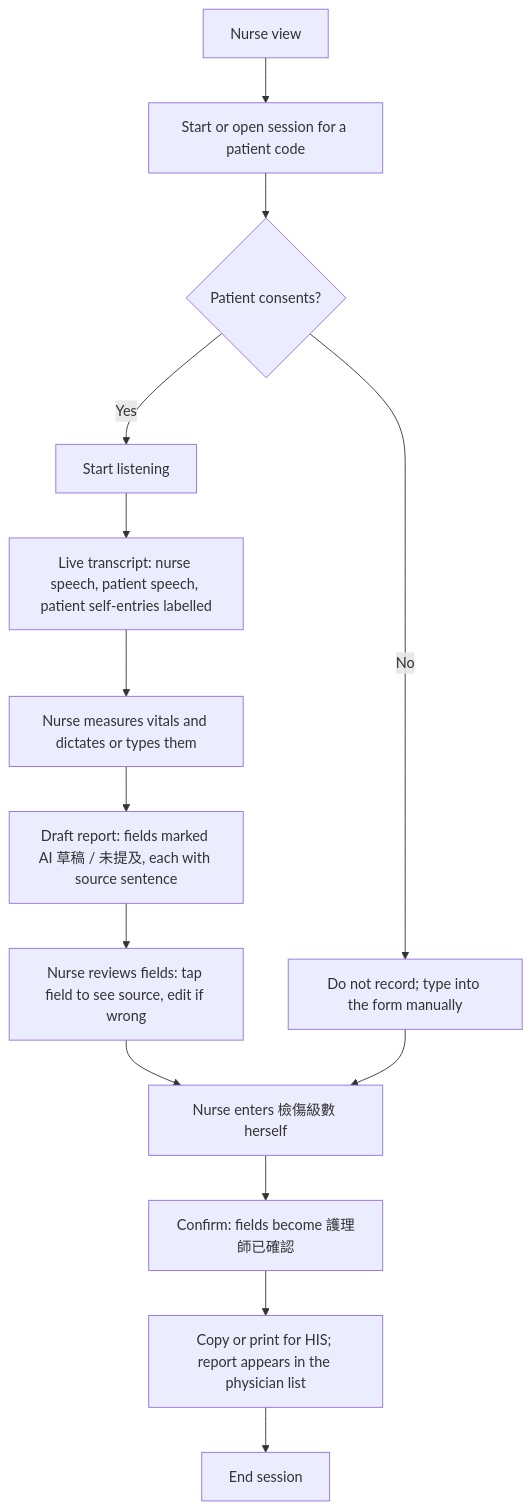
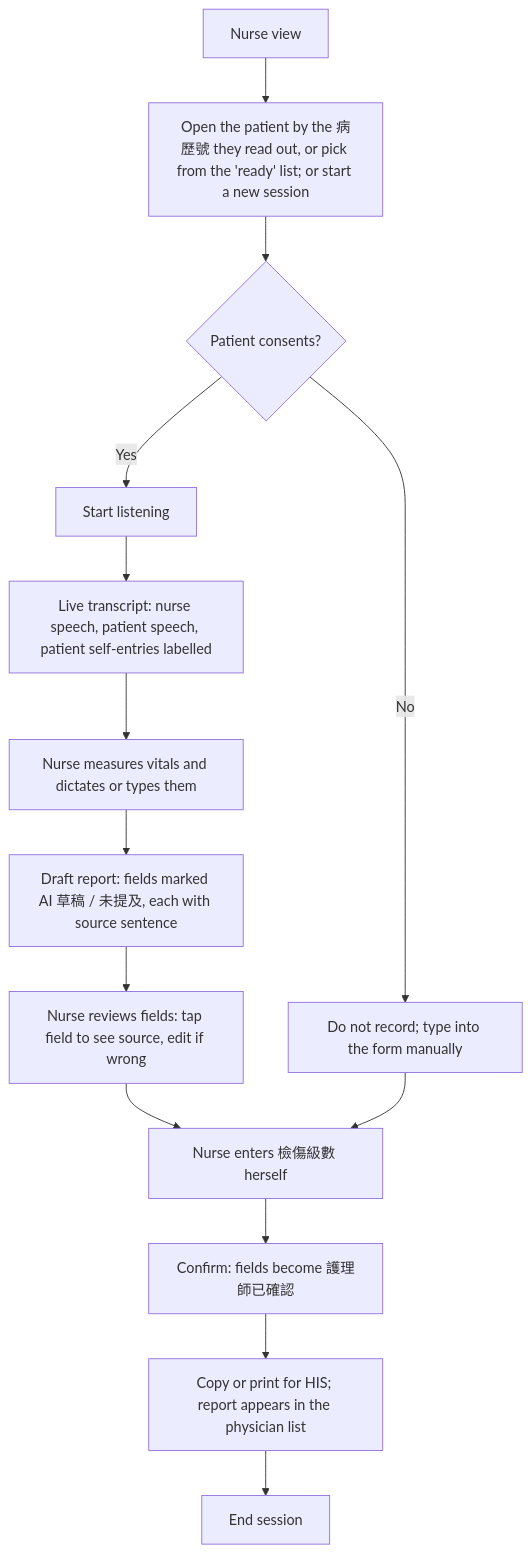
One commit to hwupu/115A-535527-AIDLC-Final changed the third of 6 diagrams in docs/frontend/USER_FLOW.md. Above: the diagram before and after it, drawn with Mermaid. The commit also changed other lines of this file and 7 other files, not shown here.

First line of the commit message:
feat: replace patient code entry with system-assigned 病歷號 ending screen (#20)

````diff
--- a/docs/frontend/USER_FLOW.md
+++ b/docs/frontend/USER_FLOW.md
@@ -50,16 +51,16 @@
 ```mermaid
 flowchart TD
-    S[Nurse view] --> NS[Start or open session for a patient code]
+    S[Nurse view] --> NS[Open the patient by the 病歷號 they read out, or pick from the 'ready' list; or start a new session]
     NS --> C{Patient consents?}
     C -->|No| X[Do not record; type into the form manually]
     C -->|Yes| R[Start listening]
     R --> T[Live transcript: nurse speech, patient speech, patient self-entries labelled]
     T --> V[Nurse measures vitals and dictates or types them]
     V --> DR[Draft report: fields marked AI 草稿 / 未提及, each with source sentence]
     DR --> RV[Nurse reviews fields: tap field to see source, edit if wrong]
     RV --> LV[Nurse enters 檢傷級數 herself]
     LV --> CF[Confirm: fields become 護理師已確認]
     CF --> OUT[Copy or print for HIS; report appears in the physician list]
     X --> LV
     OUT --> END[End session]
 ```
````
